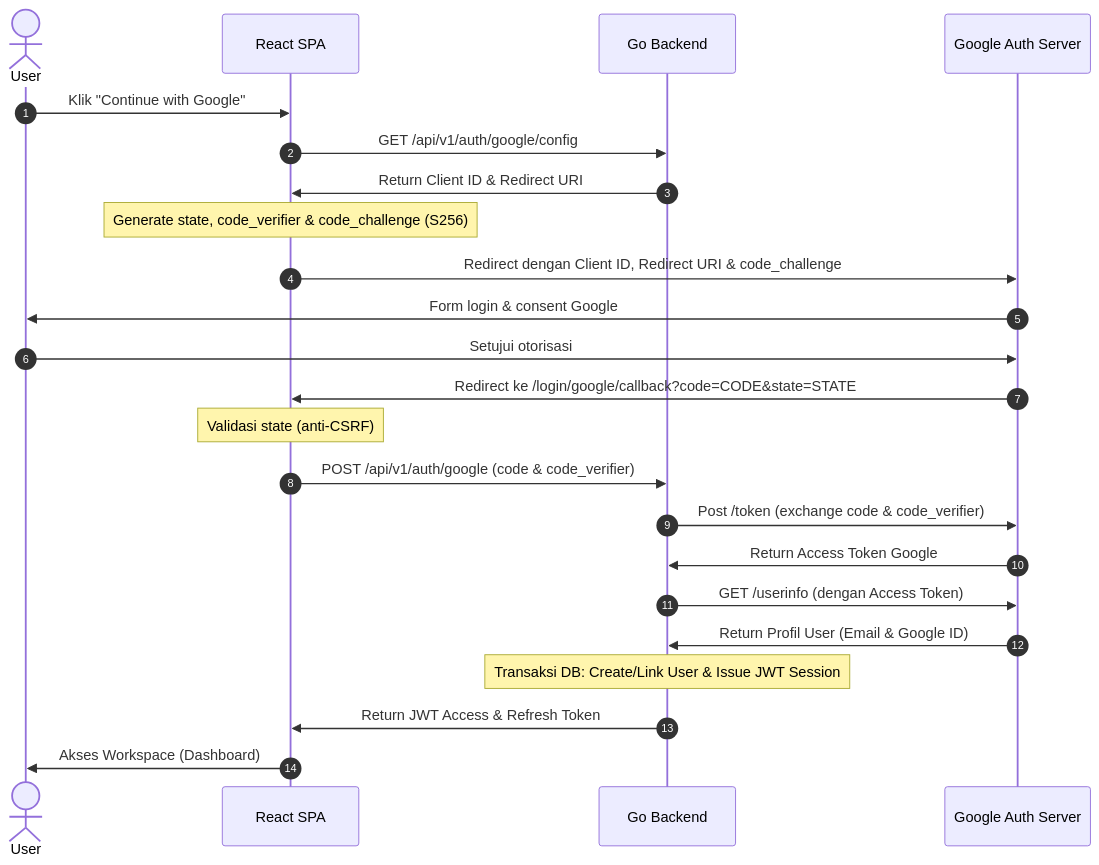
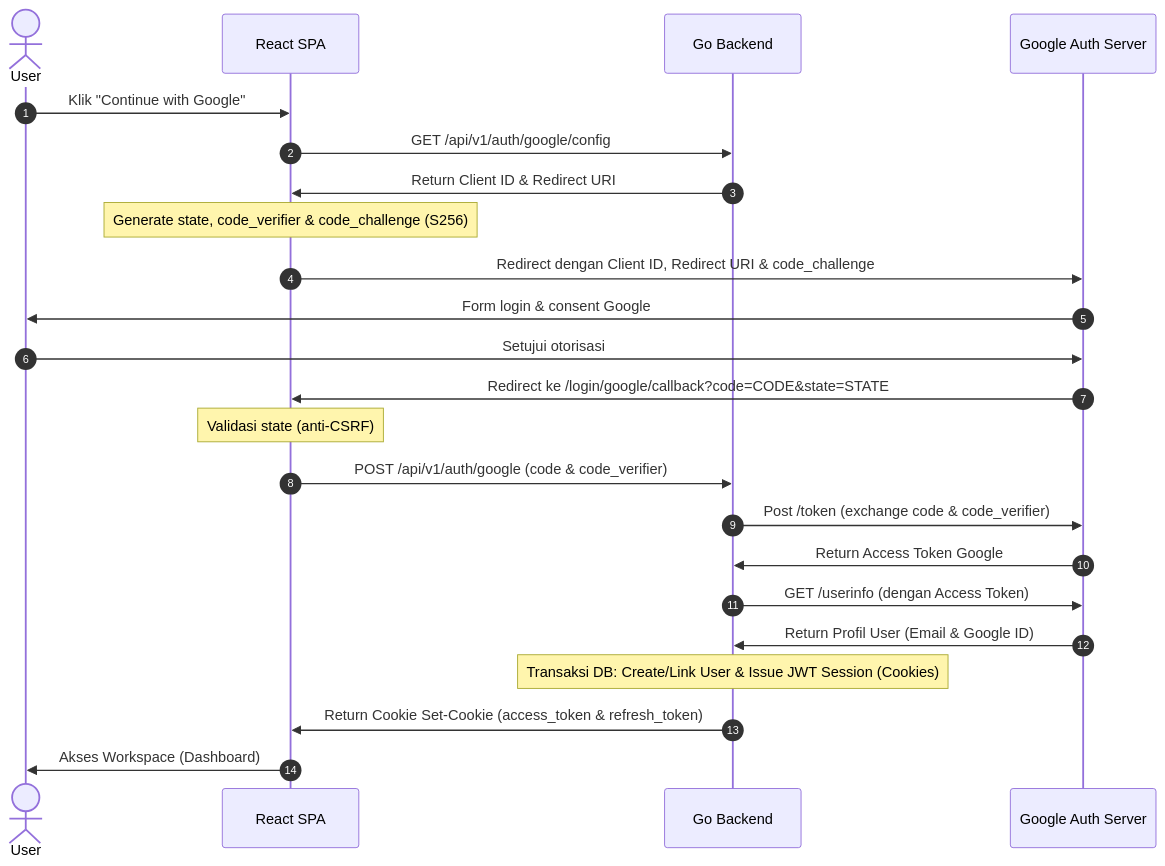
Before and after one commit to semmidev/restful-template: the first of 2 diagrams in README.md, drawn with Mermaid. The commit also changed other lines of this file and 1 other file, not shown here.

````diff
--- a/README.md
+++ b/README.md
@@ -175,26 +178,26 @@
    ```mermaid
    sequenceDiagram
        autonumber
        actor User
        participant SPA as React SPA
        participant Backend as Go Backend
        participant Google as Google Auth Server
 
        User->>SPA: Klik "Continue with Google"
        SPA->>Backend: GET /api/v1/auth/google/config
        Backend->>SPA: Return Client ID & Redirect URI
        Note over SPA: Generate state, code_verifier & code_challenge (S256)
        SPA->>Google: Redirect dengan Client ID, Redirect URI & code_challenge
        Google->>User: Form login & consent Google
        User->>Google: Setujui otorisasi
        Google->>SPA: Redirect ke /login/google/callback?code=CODE&state=STATE
        Note over SPA: Validasi state (anti-CSRF)
        SPA->>Backend: POST /api/v1/auth/google (code & code_verifier)
        Backend->>Google: Post /token (exchange code & code_verifier)
        Google->>Backend: Return Access Token Google
        Backend->>Google: GET /userinfo (dengan Access Token)
        Google->>Backend: Return Profil User (Email & Google ID)
-       Note over Backend: Transaksi DB: Create/Link User & Issue JWT Session
-       Backend->>SPA: Return JWT Access & Refresh Token
+       Note over Backend: Transaksi DB: Create/Link User & Issue JWT Session (Cookies)
+       Backend->>SPA: Return Cookie Set-Cookie (access_token & refresh_token)
        SPA->>User: Akses Workspace (Dashboard)
    ```
````
